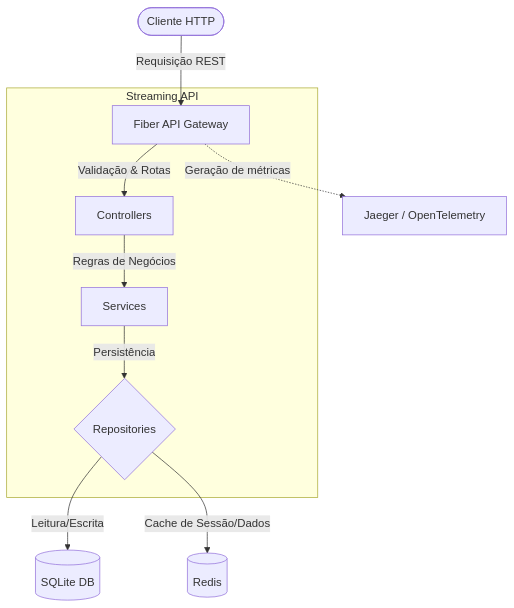
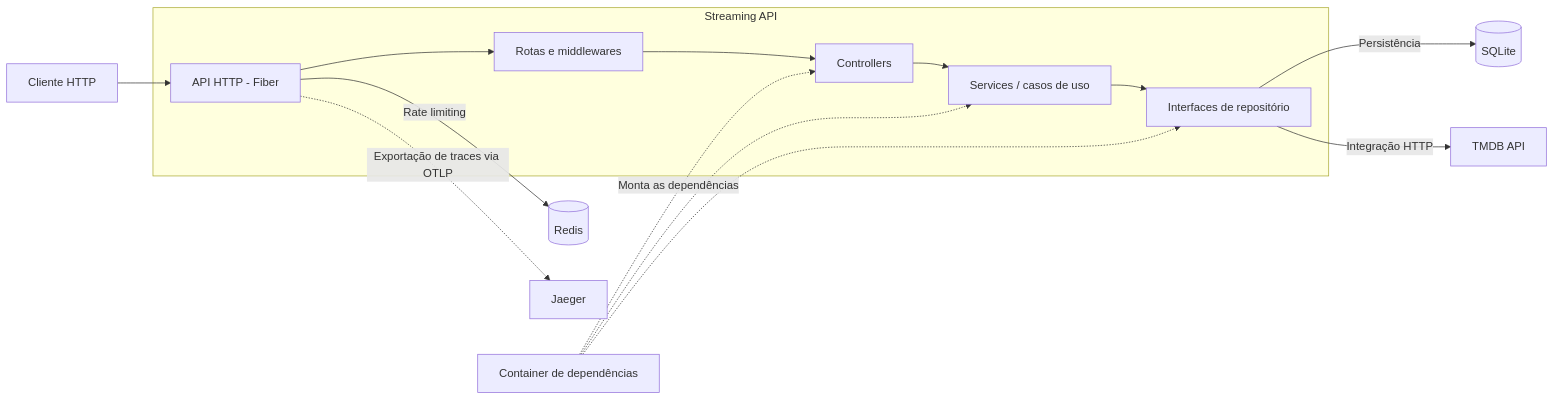
Before and after one commit to KaueTTS/streaming_api: the diagram in README.md, drawn with Mermaid. The commit also changed other lines of this file, not shown here.

````diff
--- a/README.md
+++ b/README.md
@@ -129,14 +150,19 @@
 ```mermaid
-graph TD
-    Client([Cliente HTTP]) -->|Requisição REST| API[Fiber API Gateway]
+flowchart LR
+    Client[Cliente HTTP] --> Fiber[API HTTP - Fiber]
 
     subgraph Backend [Streaming API]
-      API -->|Validação & Rotas| Controllers[Controllers]
-      Controllers -->|Regras de Negócios| Services[Services]
-      Services -->|Persistência| Repositories{Repositories}
+      Fiber --> Routes[Rotas e middlewares]
+      Routes --> Controllers[Controllers]
+      Controllers --> Services[Services / casos de uso]
+      Services --> Ports[Interfaces de repositório]
     end
 
-    Repositories -->|Leitura/Escrita| DB[(SQLite DB)]
-    Repositories -->|Cache de Sessão/Dados| Cache[(Redis)]
-    API -.->|Geração de métricas| Tracing[Jaeger / OpenTelemetry]
+    Ports -->|Persistência| DB[(SQLite)]
+    Ports -->|Integração HTTP| TMDB[TMDB API]
+    Fiber -->|Rate limiting| Redis[(Redis)]
+    Fiber -.->|Exportação de traces via OTLP| Tracing[Jaeger]
+    Container[Container de dependências] -.->|Monta as dependências| Controllers
+    Container -.-> Services
+    Container -.-> Ports
 ```
````
